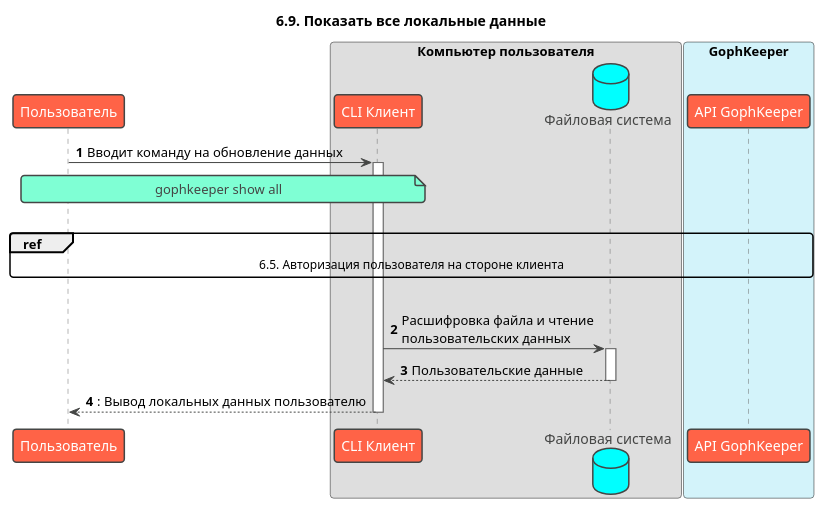
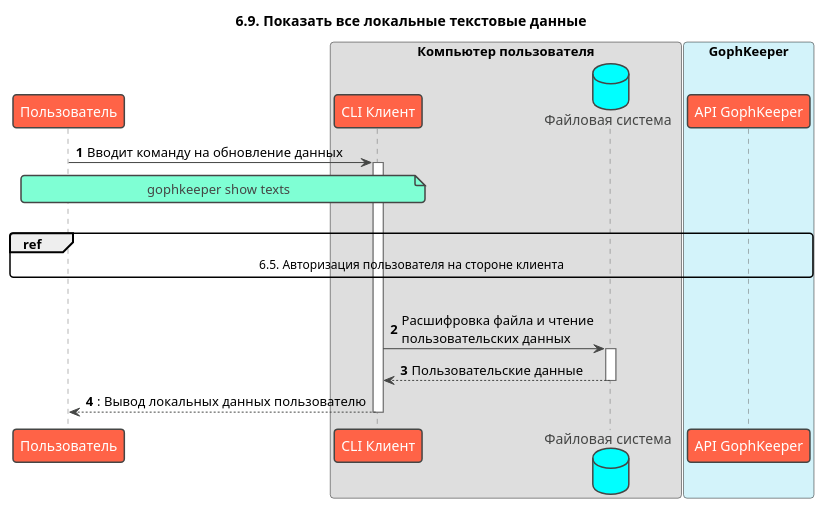
The diagram in docs/arc42/6. Runtime View/6.9 Show.puml (Nickolasll/GophKeeper), drawn with PlantUML before and after one commit. The commit also changed 61 other files, not shown here.

```diff
--- a/docs/arc42/6. Runtime View/6.9 Show.puml
+++ b/docs/arc42/6. Runtime View/6.9 Show.puml
@@ -1,33 +1,33 @@
 @startuml
 !theme vibrant
-title: 6.9. Показать все локальные данные
+title: 6.9. Показать все локальные текстовые данные
 skinparam maxMessageSize 300
 autonumber
 
 participant "Пользователь" as user
 box "Компьютер пользователя" #DEDEDE
     participant "CLI Клиент" as client
     database "Файловая система" as file
 end box
 
 box "GophKeeper" #d3f3fa
     participant "API GophKeeper" as api
 end box
 
 user -> client ++ : Вводит команду на обновление данных
 note over user, client
-    gophkeeper show all
+    gophkeeper show texts
 end note
 
 |||
 ref over user, api
     6.5. Авторизация пользователя на стороне клиента
 end
 |||
 
 client -> file ++ : Расшифровка файла и чтение пользовательских данных
 return Пользовательские данные
 
 return: Вывод локальных данных пользователю
 
 @enduml
```
